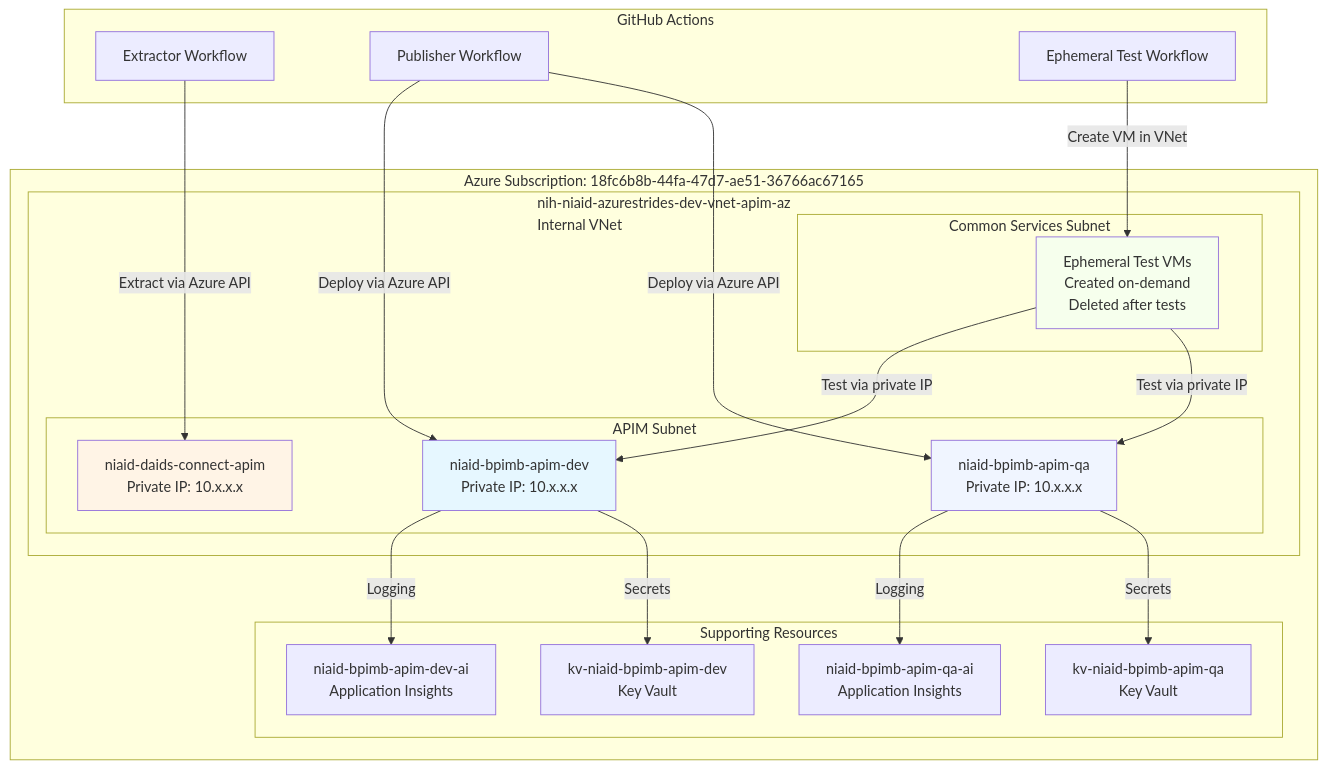
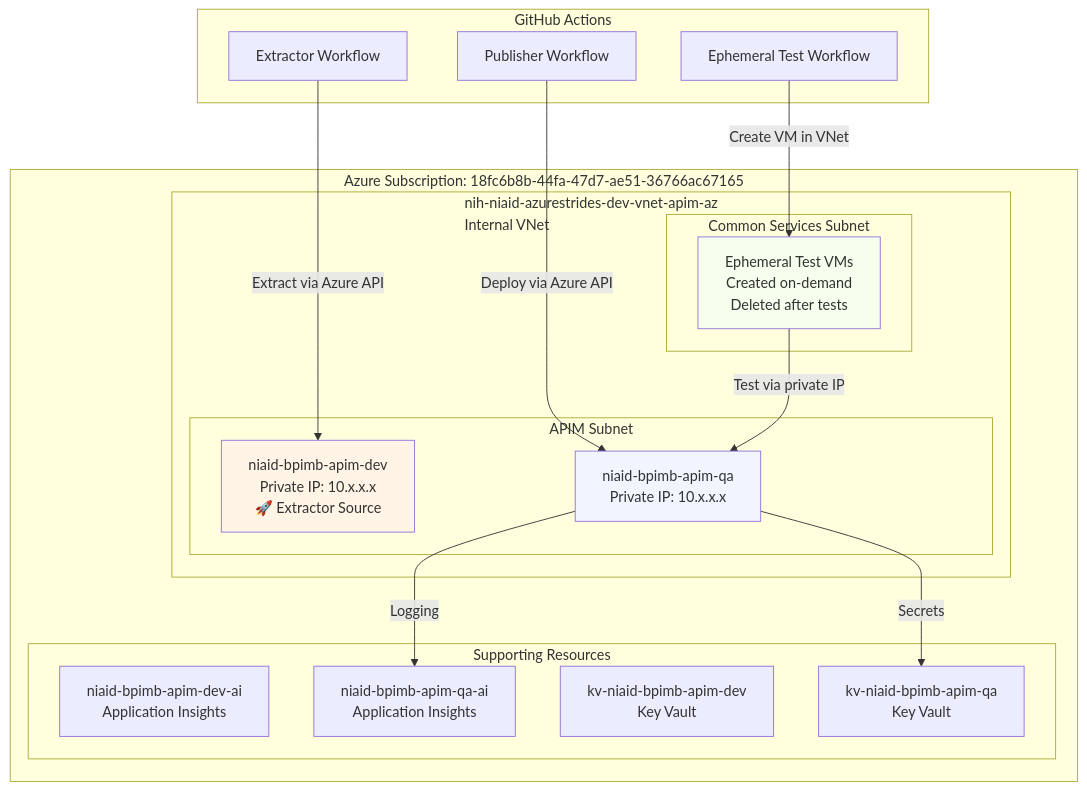
Before and after one commit to NIAID-BPIMB-whiters/API-DEVOPS: the first of 6 diagrams in README.md, drawn with Mermaid. The commit also changed other lines of this file and 1 other file, not shown here.

Commit message:
fix: Update workflow and documentation for APIM artifact extraction and deployment to reflect QA and PROD environments

````diff
--- a/README.md
+++ b/README.md
@@ -85,45 +83,39 @@
 ```mermaid
 graph TB
     subgraph Azure["Azure Subscription: 18fc6b8b-44fa-47d7-ae51-36766ac67165"]
         subgraph VNet["nih-niaid-azurestrides-dev-vnet-apim-az<br/>Internal VNet"]
             subgraph Subnet1["APIM Subnet"]
-                DAIDS[niaid-daids-connect-apim<br/>Private IP: 10.x.x.x]
-                DEV_APIM[niaid-bpimb-apim-dev<br/>Private IP: 10.x.x.x]
+                DEV_APIM[niaid-bpimb-apim-dev<br/>Private IP: 10.x.x.x<br/>🚀 Extractor Source]
                 QA_APIM[niaid-bpimb-apim-qa<br/>Private IP: 10.x.x.x]
             end
             
             subgraph Subnet2["Common Services Subnet"]
                 TEST_VM[Ephemeral Test VMs<br/>Created on-demand<br/>Deleted after tests]
             end
         end
         
         subgraph Resources["Supporting Resources"]
             DEV_AI[niaid-bpimb-apim-dev-ai<br/>Application Insights]
             QA_AI[niaid-bpimb-apim-qa-ai<br/>Application Insights]
             DEV_KV[kv-niaid-bpimb-apim-dev<br/>Key Vault]
             QA_KV[kv-niaid-bpimb-apim-qa<br/>Key Vault]
         end
     end
     
     subgraph GitHub["GitHub Actions"]
         EXTRACTOR[Extractor Workflow]
         PUBLISHER[Publisher Workflow]
         TESTS[Ephemeral Test Workflow]
     end
     
-    EXTRACTOR -->|Extract via Azure API| DAIDS
-    PUBLISHER -->|Deploy via Azure API| DEV_APIM
+    EXTRACTOR -->|Extract via Azure API| DEV_APIM
     PUBLISHER -->|Deploy via Azure API| QA_APIM
     TESTS -->|Create VM in VNet| TEST_VM
-    TEST_VM -->|Test via private IP| DEV_APIM
     TEST_VM -->|Test via private IP| QA_APIM
-    DEV_APIM -->|Logging| DEV_AI
     QA_APIM -->|Logging| QA_AI
-    DEV_APIM -->|Secrets| DEV_KV
     QA_APIM -->|Secrets| QA_KV
     
-    style DAIDS fill:#fff4e6
-    style DEV_APIM fill:#e6f7ff
+    style DEV_APIM fill:#fff4e6
     style QA_APIM fill:#f0f5ff
     style TEST_VM fill:#f6ffed
 ```
````
